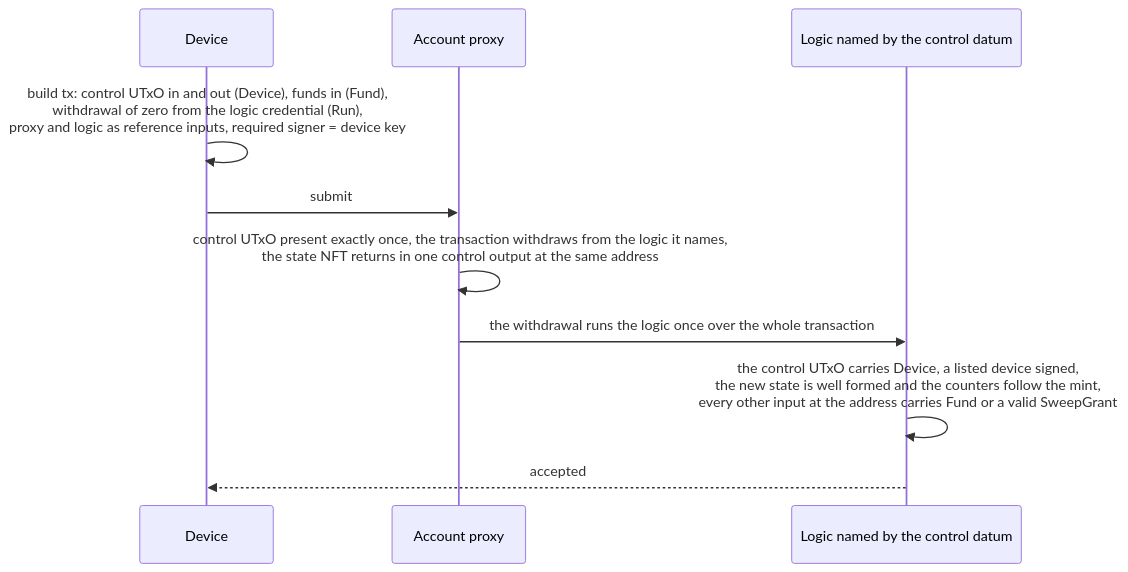
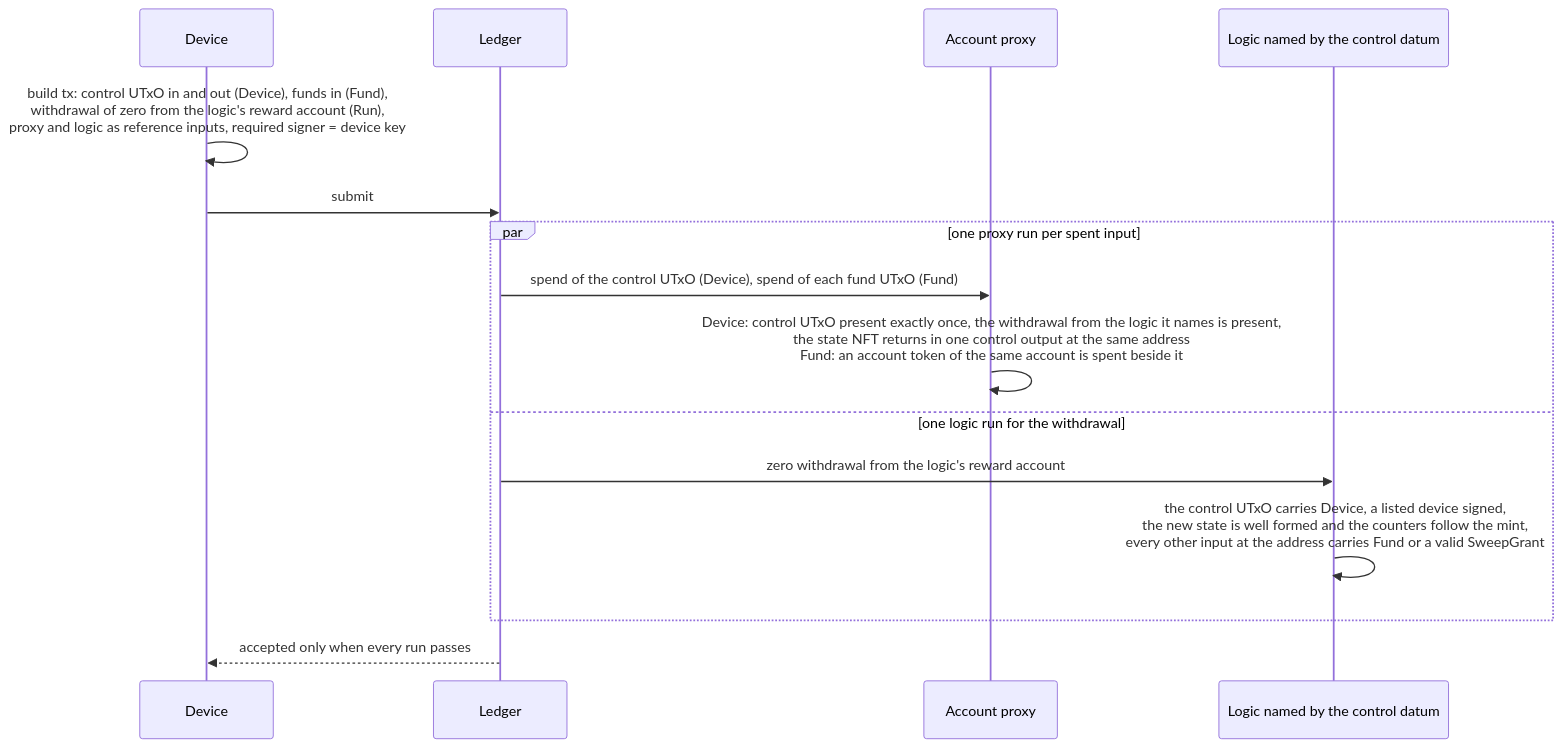
The second of 7 diagrams in README.md (Biglup/cardano-account-custody-contract), drawn with Mermaid before and after one commit. The commit also changed other lines of this file and 1 other file, not shown here.

First line of the commit message:
docs: state what the contract does and where it has run

````diff
--- a/README.md
+++ b/README.md
@@ -102,13 +104,18 @@
 ```mermaid
 sequenceDiagram
     participant D as Device
+    participant Ledger
     participant P as Account proxy
     participant L as Logic named by the control datum
 
-    D->>D: build tx: control UTxO in and out (Device), funds in (Fund),<br/>withdrawal of zero from the logic credential (Run),<br/>proxy and logic as reference inputs, required signer = device key
-    D->>P: submit
-    P->>P: control UTxO present exactly once, the transaction withdraws from the logic it names,<br/>the state NFT returns in one control output at the same address
-    P->>L: the withdrawal runs the logic once over the whole transaction
-    L->>L: the control UTxO carries Device, a listed device signed,<br/>the new state is well formed and the counters follow the mint,<br/>every other input at the address carries Fund or a valid SweepGrant
-    L-->>D: accepted
+    D->>D: build tx: control UTxO in and out (Device), funds in (Fund),<br/>withdrawal of zero from the logic's reward account (Run),<br/>proxy and logic as reference inputs, required signer = device key
+    D->>Ledger: submit
+    par one proxy run per spent input
+        Ledger->>P: spend of the control UTxO (Device), spend of each fund UTxO (Fund)
+        P->>P: Device: control UTxO present exactly once, the withdrawal from the logic it names is present,<br/>the state NFT returns in one control output at the same address<br/>Fund: an account token of the same account is spent beside it
+    and one logic run for the withdrawal
+        Ledger->>L: zero withdrawal from the logic's reward account
+        L->>L: the control UTxO carries Device, a listed device signed,<br/>the new state is well formed and the counters follow the mint,<br/>every other input at the address carries Fund or a valid SweepGrant
+    end
+    Ledger-->>D: accepted only when every run passes
 ```
````
